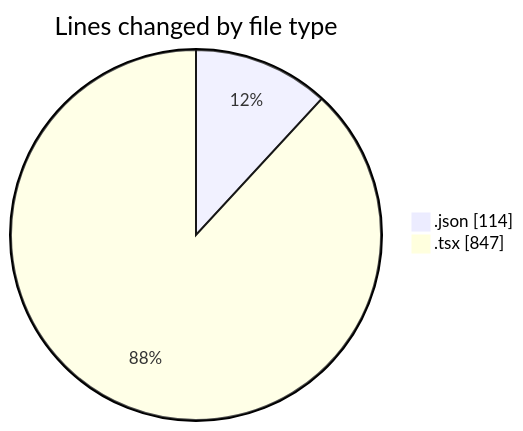
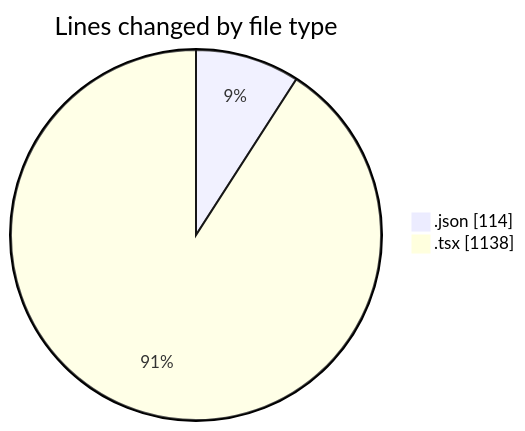
The first of 2 diagrams in 2025-11-17/eventscop-frontend-guide__workspace_/README.md (julien-gomy/code-tracking), drawn with Mermaid before and after one commit. The commit also changed other lines of this file and 1 other file, not shown here.

````diff
--- a/2025-11-17/eventscop-frontend-guide__workspace_/README.md
+++ b/2025-11-17/eventscop-frontend-guide__workspace_/README.md
@@ -24,6 +25,6 @@
 ```mermaid
 pie showData
 title Lines changed by file type
 ".json" : 114
-".tsx" : 847
+".tsx" : 1138
 ```
````
